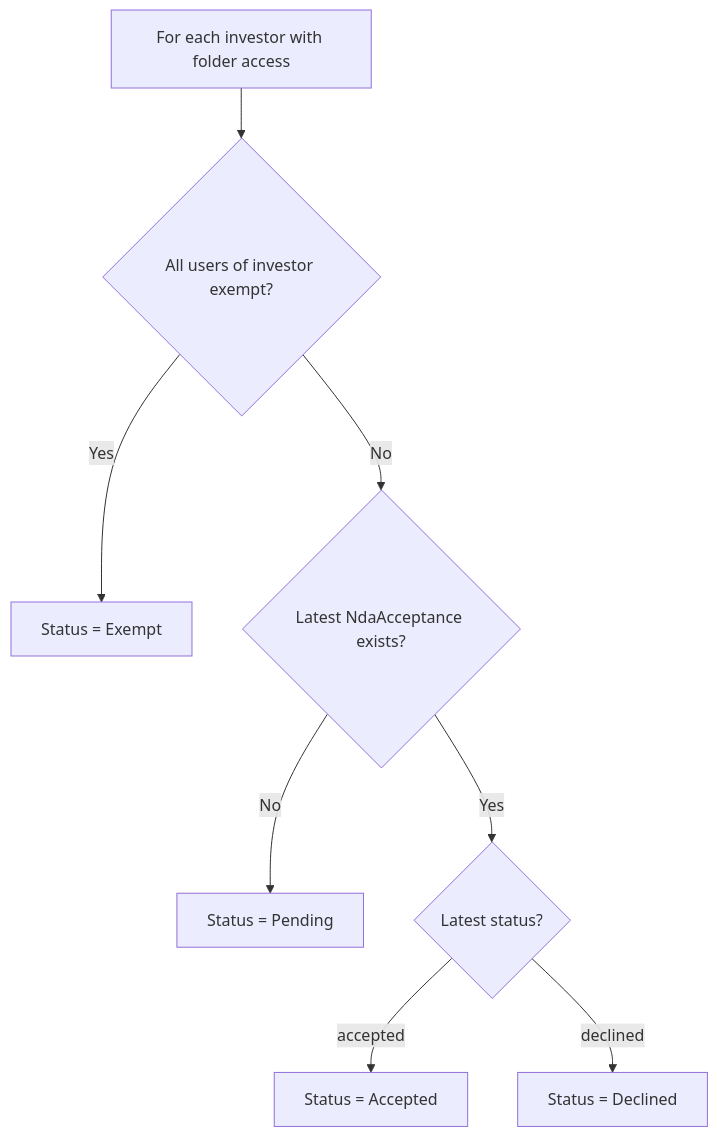
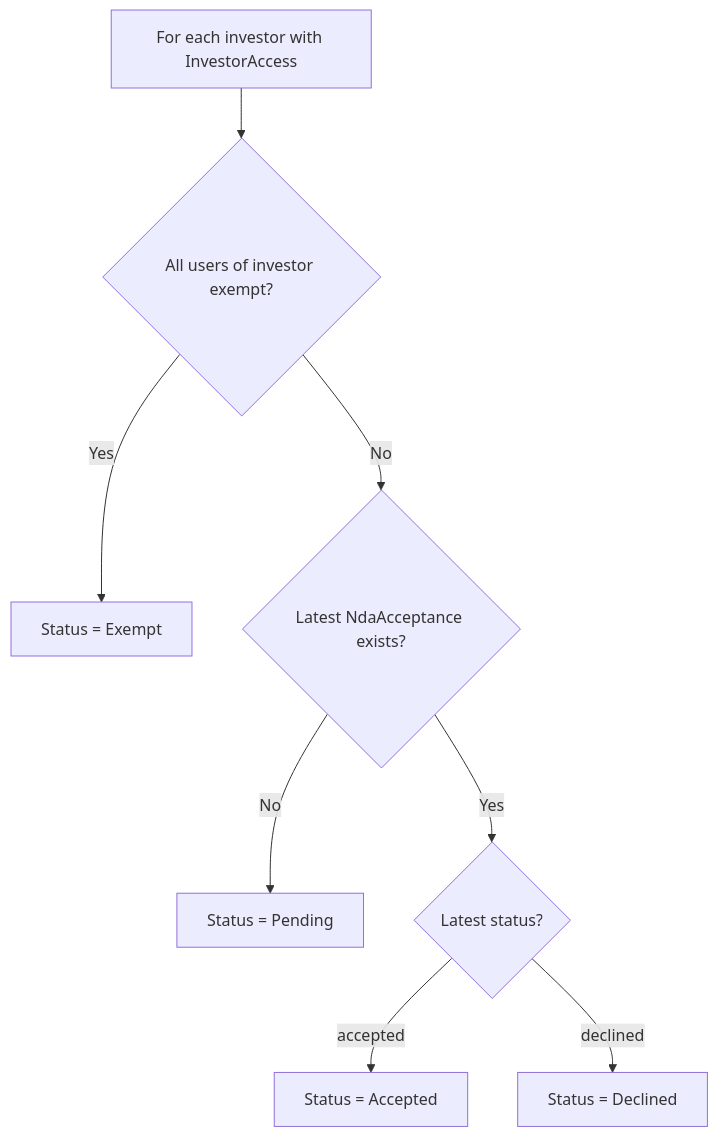
The tenth of 11 diagrams in openspec/changes/nda-data-room-module-3-gp-dashboard/design.md (sampadadiwan/IRM_CompanyMain), drawn with Mermaid before and after one commit. The commit also changed other lines of this file, not shown here.

First line of the commit message:
docs: Update design doc — InvestorAccess, HTML table, descope reminders

````diff
--- a/openspec/changes/nda-data-room-module-3-gp-dashboard/design.md
+++ b/openspec/changes/nda-data-room-module-3-gp-dashboard/design.md
@@ -447,10 +387,10 @@
 ```mermaid
 flowchart TD
-    A["For each investor with folder access"] --> B{"All users of investor exempt?"}
+    A["For each investor with InvestorAccess"] --> B{"All users of investor exempt?"}
     B -- Yes --> C["Status = Exempt"]
     B -- No --> D{"Latest NdaAcceptance exists?"}
     D -- No --> E["Status = Pending"]
     D -- Yes --> F{"Latest status?"}
     F -- accepted --> G["Status = Accepted"]
     F -- declined --> H["Status = Declined"]
 ```
````
